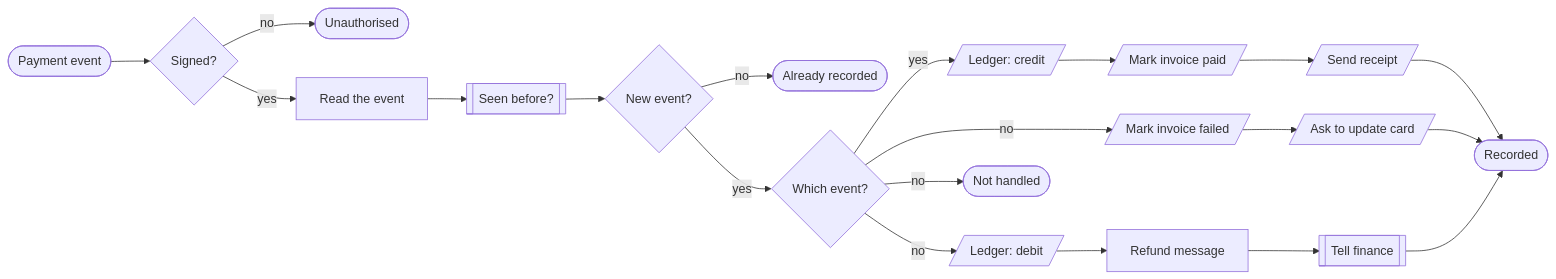
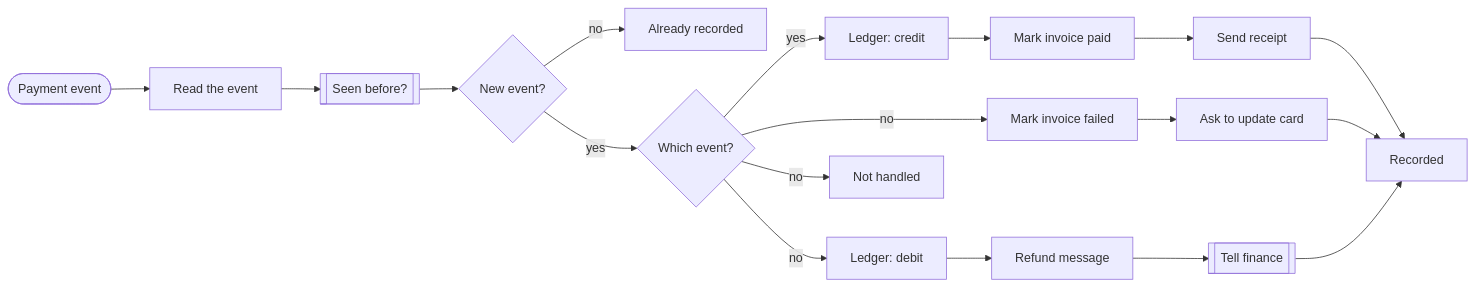
The first of 3 diagrams in systems/payments/README.md (kimjoshuadr/n8n-workflows), drawn with Mermaid before and after one commit. The commit also changed other lines of this file and 184 other files, not shown here.

Commit message:
Finish the move to named platforms: blocks, BambooHR, generated README, schema and platform marks

````diff
--- a/systems/payments/README.md
+++ b/systems/payments/README.md
@@ -23,40 +21,36 @@
 ```mermaid
 flowchart LR
   np0fv3t(["Payment event"])
-  n1eqfau4{"Signed?"}
-  n1e1tmj8(["Unauthorised"])
   nmlgco["Read the event"]
   n1ja4syq[["Seen before?"]]
   n16hdm8c{"New event?"}
-  n1vz1len(["Already recorded"])
+  n1vz1len["Already recorded"]
   n1bnftgv{"Which event?"}
-  n1hzo4xb[/"Ledger: credit"/]
-  n7mpgcr[/"Mark invoice paid"/]
-  n1qizjgn[/"Send receipt"/]
-  nc8fxdo[/"Mark invoice failed"/]
-  n1p3wb0w[/"Ask to update card"/]
-  nvjcr3q[/"Ledger: debit"/]
+  n1hzo4xb["Ledger: credit"]
+  n7mpgcr["Mark invoice paid"]
+  n1qizjgn["Send receipt"]
+  nc8fxdo["Mark invoice failed"]
+  n1p3wb0w["Ask to update card"]
+  nvjcr3q["Ledger: debit"]
   n7vlefa["Refund message"]
   nd3wmc2[["Tell finance"]]
-  n1qqb9av(["Recorded"])
-  n1mrxx0o(["Not handled"])
-  np0fv3t --> n1eqfau4
-  n1eqfau4 -->|yes| nmlgco
+  n1qqb9av["Recorded"]
+  n1mrxx0o["Not handled"]
+  np0fv3t --> nmlgco
   nmlgco --> n1ja4syq
   n1ja4syq --> n16hdm8c
   n16hdm8c -->|yes| n1bnftgv
-  n1eqfau4 -->|no| n1e1tmj8
   n16hdm8c -->|no| n1vz1len
   n1bnftgv -->|yes| n1hzo4xb
   n1hzo4xb --> n7mpgcr
   n7mpgcr --> n1qizjgn
   n1qizjgn --> n1qqb9av
   n1bnftgv -->|no| nc8fxdo
   nc8fxdo --> n1p3wb0w
   n1p3wb0w --> n1qqb9av
   n1bnftgv -->|no| nvjcr3q
   nvjcr3q --> n7vlefa
   n7vlefa --> nd3wmc2
   nd3wmc2 --> n1qqb9av
   n1bnftgv -->|no| n1mrxx0o
 ```
````
